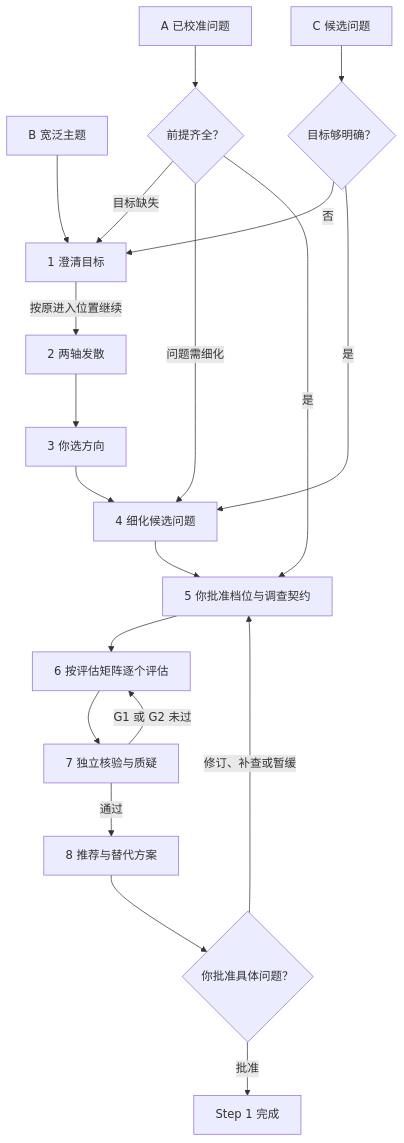
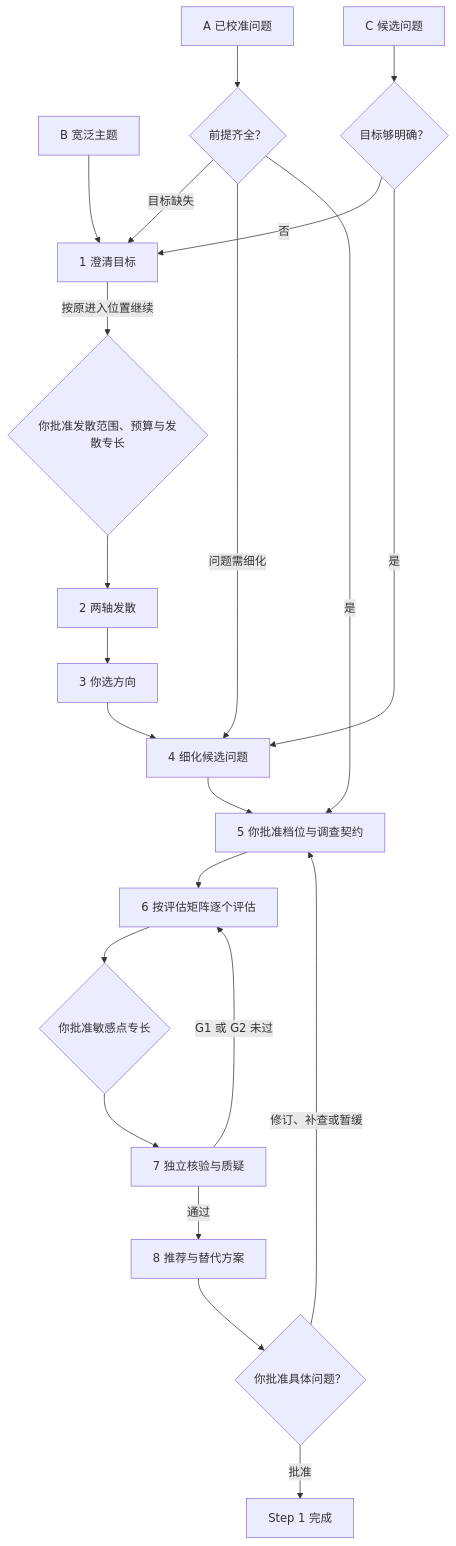
The diagram in docs/step-1.md (reinafeng2006/research-workflow), drawn with Mermaid before and after one commit. The commit also changed other lines of this file and 22 other files, not shown here.

````diff
--- a/docs/step-1.md
+++ b/docs/step-1.md
@@ -23,22 +23,24 @@
 ```mermaid
 flowchart TD
     B["B 宽泛主题"] --> P1["1 澄清目标"]
     C["C 候选问题"] --> CK{"目标够明确？"}
     A["A 已校准问题"] --> AK{"前提齐全？"}
     CK -->|否| P1
     CK -->|是| P4
     AK -->|目标缺失| P1
     AK -->|问题需细化| P4
     AK -->|是| P5
-    P1 -->|按原进入位置继续| P2["2 两轴发散"]
+    P1 -->|按原进入位置继续| PA{"你批准发散范围、预算与发散专长"}
+    PA --> P2["2 两轴发散"]
     P2 --> P3["3 你选方向"]
     P3 --> P4["4 细化候选问题"]
     P4 --> P5["5 你批准档位与调查契约"]
     P5 --> P6["6 按评估矩阵逐个评估"]
-    P6 --> P7["7 独立核验与质疑"]
+    P6 --> PS{"你批准敏感点专长"}
+    PS --> P7["7 独立核验与质疑"]
     P7 -->|G1 或 G2 未过| P6
     P7 -->|通过| P8["8 推荐与替代方案"]
     P8 --> H{"你批准具体问题？"}
     H -->|批准| DONE["Step 1 完成"]
     H -->|修订、补查或暂缓| P5
 ```
````
